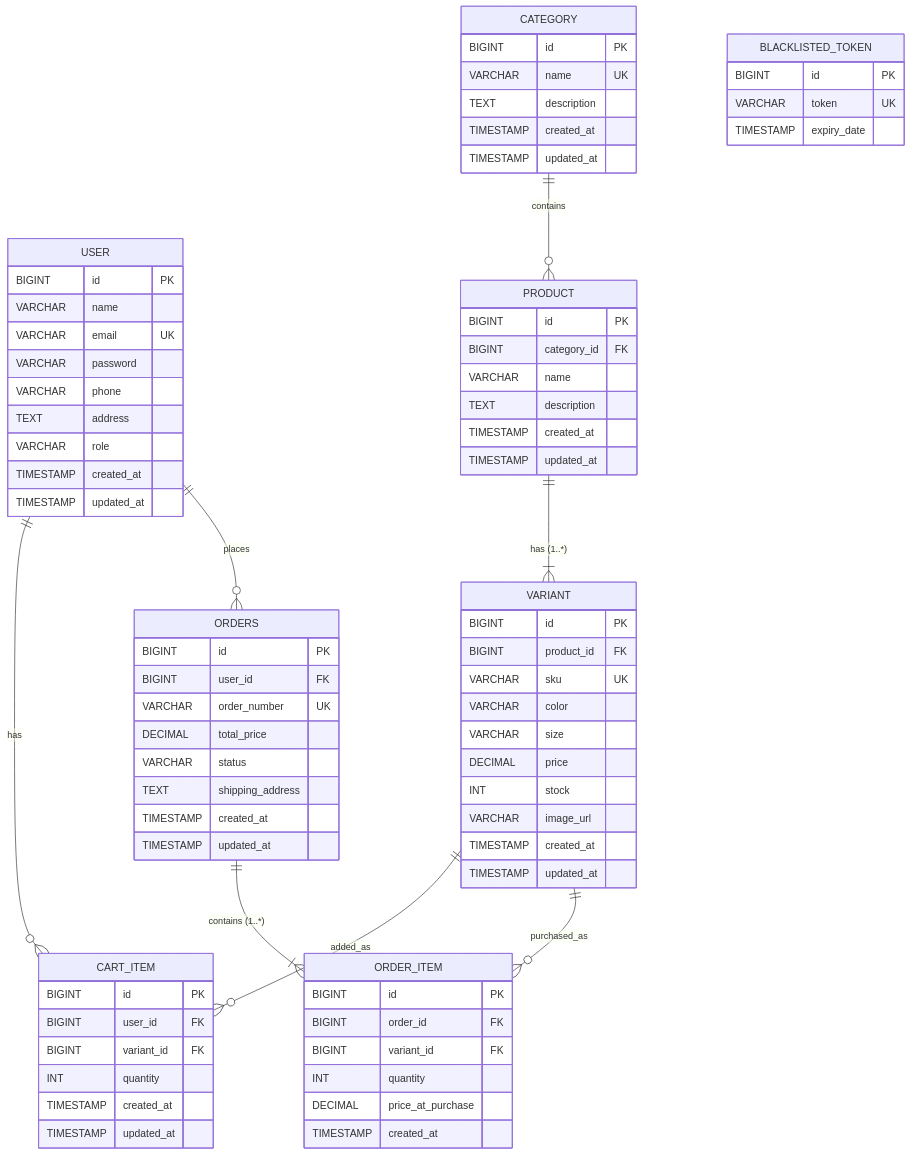
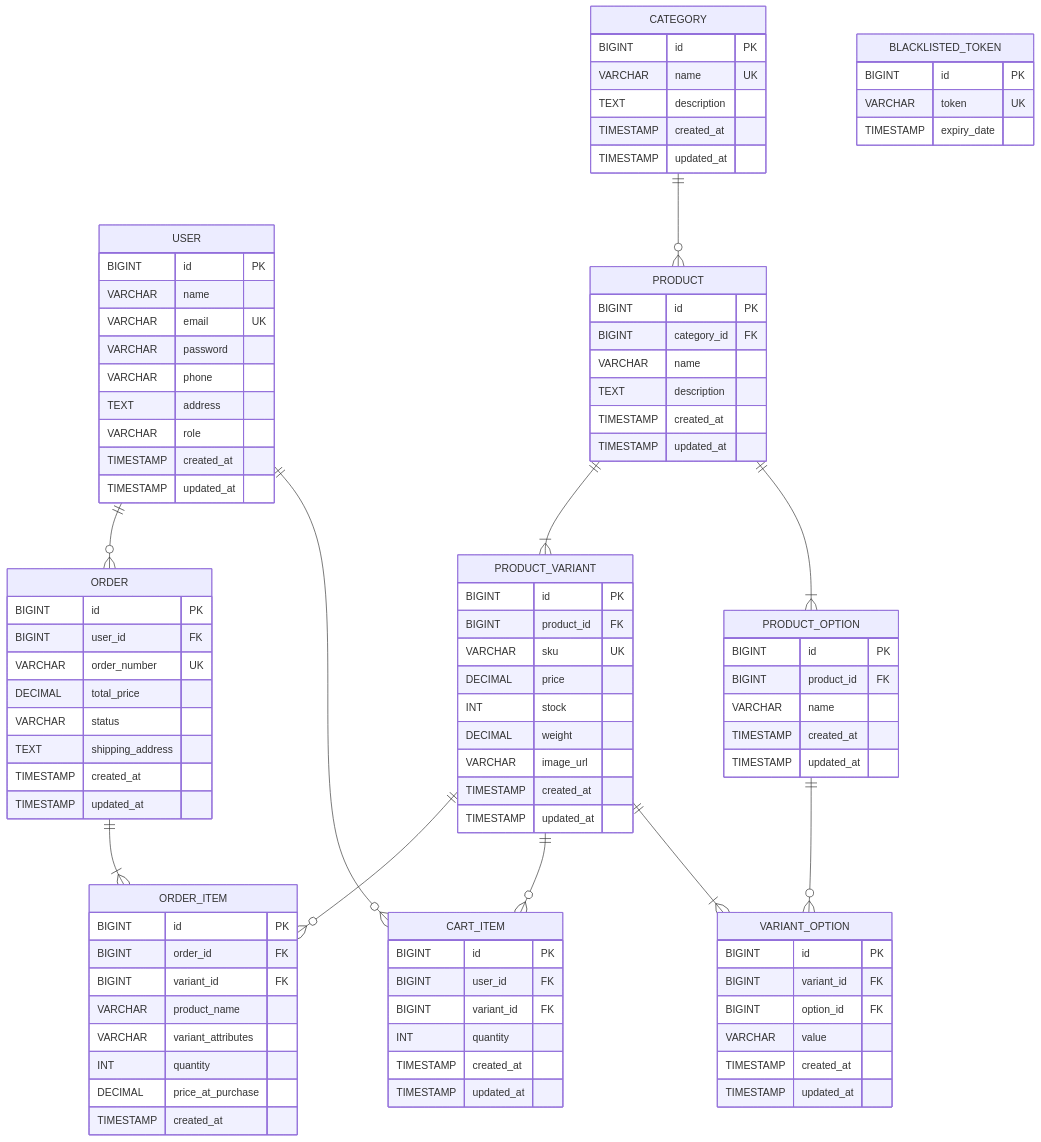
The diagram in docs/DESIGN.md (akbarazy/ecommerce-backend), drawn with Mermaid before and after one commit. The commit also changed other lines of this file, not shown here.

Commit message:
Complete product variant feature design

````diff
--- a/docs/DESIGN.md
+++ b/docs/DESIGN.md
@@ -30,15 +30,31 @@
         TIMESTAMP updated_at
     }
 
-    VARIANT {
+    PRODUCT_OPTION {
+        BIGINT id PK
+        BIGINT product_id FK
+        VARCHAR name
+        TIMESTAMP created_at
+        TIMESTAMP updated_at
+    }
+
+    PRODUCT_VARIANT {
         BIGINT id PK
         BIGINT product_id FK
         VARCHAR sku UK
-        VARCHAR color
-        VARCHAR size
         DECIMAL price
         INT stock
+        DECIMAL weight
         VARCHAR image_url
+        TIMESTAMP created_at
+        TIMESTAMP updated_at
+    }
+
+    VARIANT_OPTION {
+        BIGINT id PK
+        BIGINT variant_id FK
+        BIGINT option_id FK
+        VARCHAR value
         TIMESTAMP created_at
         TIMESTAMP updated_at
     }
@@ -52,7 +68,7 @@
         TIMESTAMP updated_at
     }
 
-    ORDERS {
+    ORDER {
         BIGINT id PK
         BIGINT user_id FK
         VARCHAR order_number UK
@@ -67,6 +83,8 @@
         BIGINT id PK
         BIGINT order_id FK
         BIGINT variant_id FK
+        VARCHAR product_name
+        VARCHAR variant_attributes
         INT quantity
         DECIMAL price_at_purchase
         TIMESTAMP created_at
@@ -78,11 +96,14 @@
         TIMESTAMP expiry_date
     }
 
-    USER ||--o{ CART_ITEM : "has"
-    USER ||--o{ ORDERS : "places"
-    CATEGORY ||--o{ PRODUCT : "contains"
-    PRODUCT ||--|{ VARIANT : "has (1..*)"
-    VARIANT ||--o{ CART_ITEM : "added_as"
-    ORDERS ||--|{ ORDER_ITEM : "contains (1..*)"
-    VARIANT ||--o{ ORDER_ITEM : "purchased_as"
+    USER ||--o{ CART_ITEM : ""
+    USER ||--o{ ORDER : ""
+    CATEGORY ||--o{ PRODUCT : ""
+    PRODUCT ||--|{ PRODUCT_OPTION : ""
+    PRODUCT ||--|{ PRODUCT_VARIANT : ""
+    PRODUCT_OPTION ||--o{ VARIANT_OPTION : ""
+    PRODUCT_VARIANT ||--|{ VARIANT_OPTION : ""
+    PRODUCT_VARIANT ||--o{ CART_ITEM : ""
+    ORDER ||--|{ ORDER_ITEM : ""
+    PRODUCT_VARIANT ||--o{ ORDER_ITEM : ""
 ```
````
